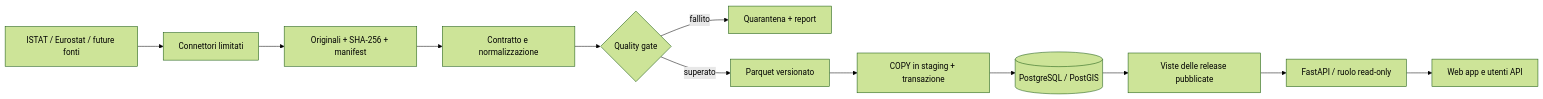
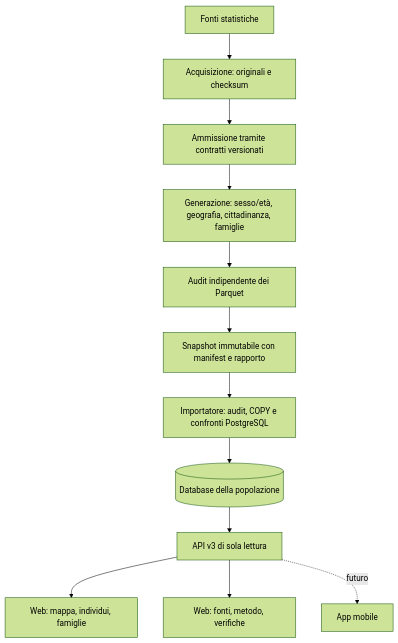
The diagram in docs/architecture.md (matik81/itadb), drawn with Mermaid (forest theme) before and after one commit. The commit also changed other lines of this file and 170 other files, not shown here.

````diff
--- a/docs/architecture.md
+++ b/docs/architecture.md
@@ -11,14 +11,14 @@
 ```mermaid
-flowchart LR
-  S[ISTAT / Eurostat / future fonti] --> C[Connettori limitati]
-  C --> R[Originali + SHA-256 + manifest]
-  R --> T[Contratto e normalizzazione]
-  T --> Q{Quality gate}
-  Q -->|fallito| X[Quarantena + report]
-  Q -->|superato| P[Parquet versionato]
-  P --> L[COPY in staging + transazione]
-  L --> D[(PostgreSQL / PostGIS)]
-  D --> V[Viste delle release pubblicate]
-  V --> A[FastAPI / ruolo read-only]
-  A --> W[Web app e utenti API]
+flowchart TB
+  S[Fonti statistiche] --> C[Acquisizione: originali e checksum]
+  C --> I[Ammissione tramite contratti versionati]
+  I --> G[Generazione: sesso/età, geografia, cittadinanza, famiglie]
+  G --> Q[Audit indipendente dei Parquet]
+  Q --> P[Snapshot immutabile con manifest e rapporto]
+  P --> L[Importatore: audit, COPY e confronti PostgreSQL]
+  L --> D[(Database della popolazione)]
+  D --> A[API v3 di sola lettura]
+  A --> W[Web: mappa, individui, famiglie]
+  A --> E[Web: fonti, metodo, verifiche]
+  A -. futuro .-> M[App mobile]
 ```
````
